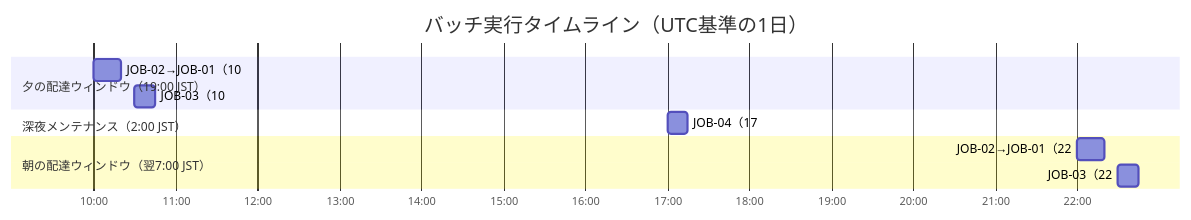
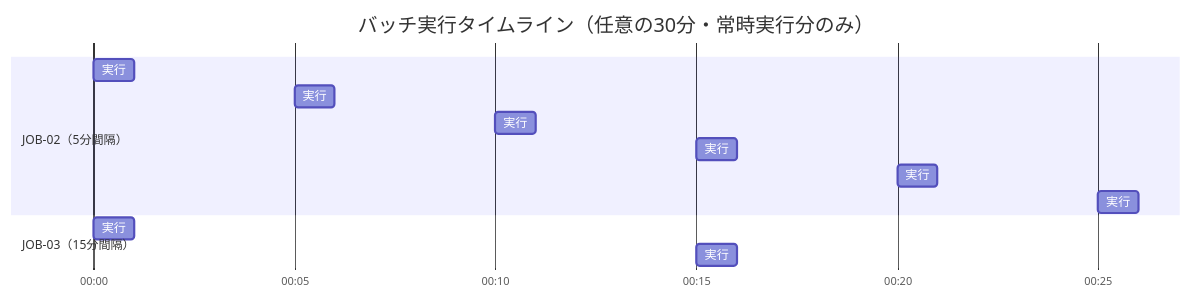
The first of 2 diagrams in docs/08_batch_design.md (yasudaProduct/machibin), drawn with Mermaid before and after one commit. The commit also changed other lines of this file and 11 other files, not shown here.

````diff
--- a/docs/08_batch_design.md
+++ b/docs/08_batch_design.md
@@ -72,14 +85,16 @@
 ```mermaid
 gantt
-    title バッチ実行タイムライン（UTC基準の1日）
+    title バッチ実行タイムライン（任意の30分・常時実行分のみ）
     dateFormat HH:mm
     axisFormat %H:%M
-    section 夕の配達ウィンドウ（19:00 JST）
-    JOB-02→JOB-01（10:00 UTC） :j1, 10:00, 20m
-    JOB-03（10:30 UTC）        :j2, 10:30, 15m
-    section 深夜メンテナンス（2:00 JST）
-    JOB-04（17:00 UTC）        :j3, 17:00, 15m
-    section 朝の配達ウィンドウ（翌7:00 JST）
-    JOB-02→JOB-01（22:00 UTC） :j4, 22:00, 20m
-    JOB-03（22:30 UTC）        :j5, 22:30, 15m
+    section JOB-02（5分間隔）
+    実行 :j1, 00:00, 1m
+    実行 :j2, 00:05, 1m
+    実行 :j3, 00:10, 1m
+    実行 :j4, 00:15, 1m
+    実行 :j5, 00:20, 1m
+    実行 :j6, 00:25, 1m
+    section JOB-03（15分間隔）
+    実行 :k1, 00:00, 1m
+    実行 :k2, 00:15, 1m
 ```
````
